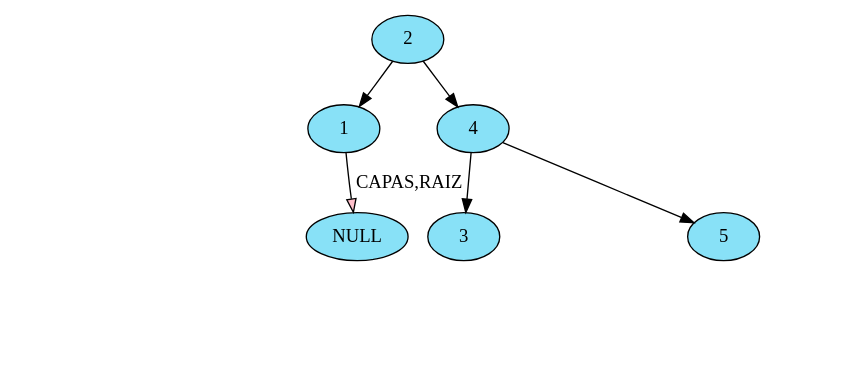
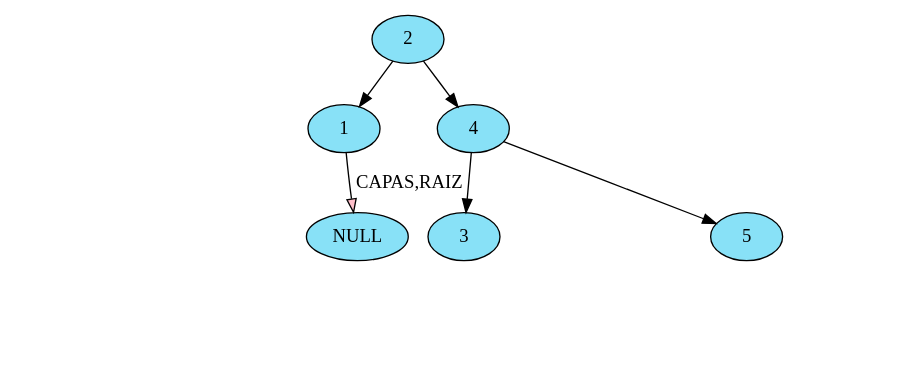
One commit to Serch-ING/EDD_UDRAWING_202000119 changed the diagram in FASE 2/Grafico/3_ArbolImagenesYCapa_1.dot. Above: the diagram before and after it, drawn with Graphviz. The commit also changed 17 other files, not shown here.

```diff
--- a/FASE 2/Grafico/3_ArbolImagenesYCapa_1.dot
+++ b/FASE 2/Grafico/3_ArbolImagenesYCapa_1.dot
@@ -1,31 +1,31 @@
 digraph G {
 nodesep=0; 
 ranksep=0.4;
 node[style = filled fillcolor="#88E1F7"];
 	NodoAVL2[ label="2"  ];
 	NodoAVL1[ label="1"];
 NodoAVL2->NodoAVL1
 	NodoAVL1[ label="1"  ];
-Invisible2118512295[style=invis];
-NodoAVL1-> Invisible2118512295[arrowsize=0 style= invisible] 
-Invisible2118512295[style=invis];
-NodoAVL1-> Invisible2118512295[arrowsize=0 style= invisible] 
+Invisible1543294217[style=invis];
+NodoAVL1-> Invisible1543294217[arrowsize=0 style= invisible] 
+Invisible1543294217[style=invis];
+NodoAVL1-> Invisible1543294217[arrowsize=0 style= invisible] 
 	NodoAVL4[ label="4" ];
 NodoAVL2->NodoAVL4
 	NodoAVL4[ label="4"  ];
 	NodoAVL3[ label="3"];
 NodoAVL4->NodoAVL3
 	NodoAVL3[ label="3"  ];
-Invisible44849562[style=invis];
-NodoAVL3-> Invisible44849562[arrowsize=0 style= invisible] 
-Invisible44849562[style=invis];
-NodoAVL3-> Invisible44849562[arrowsize=0 style= invisible] 
+Invisible856606045[style=invis];
+NodoAVL3-> Invisible856606045[arrowsize=0 style= invisible] 
+Invisible856606045[style=invis];
+NodoAVL3-> Invisible856606045[arrowsize=0 style= invisible] 
 	NodoAVL5[ label="5" ];
 NodoAVL4->NodoAVL5
 	NodoAVL5[ label="5"  ];
-Invisible97696000[style=invis];
-NodoAVL5-> Invisible97696000[arrowsize=0 style= invisible] 
-Invisible97696000[style=invis];
-NodoAVL5-> Invisible97696000[arrowsize=0 style= invisible] 
+Invisible2124750201[style=invis];
+NodoAVL5-> Invisible2124750201[arrowsize=0 style= invisible] 
+Invisible2124750201[style=invis];
+NodoAVL5-> Invisible2124750201[arrowsize=0 style= invisible] 
 NodoAVL1->NULL[label="CAPAS,RAIZ" fillcolor="pink"]
 }
```
